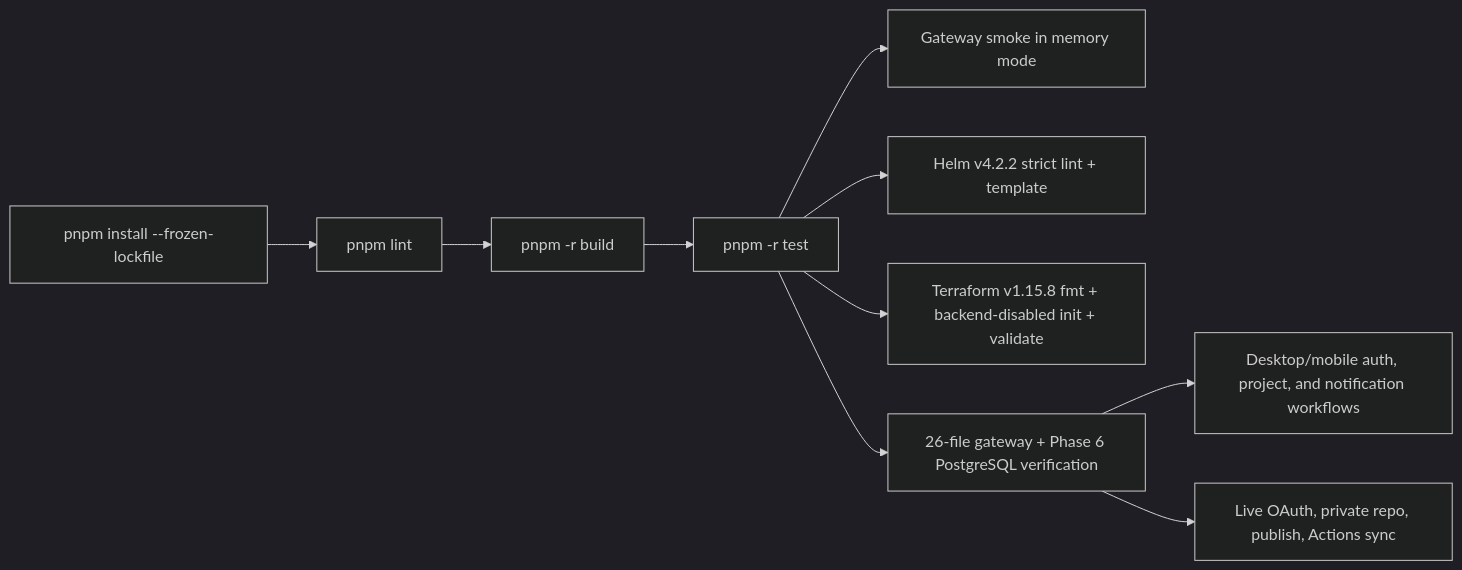
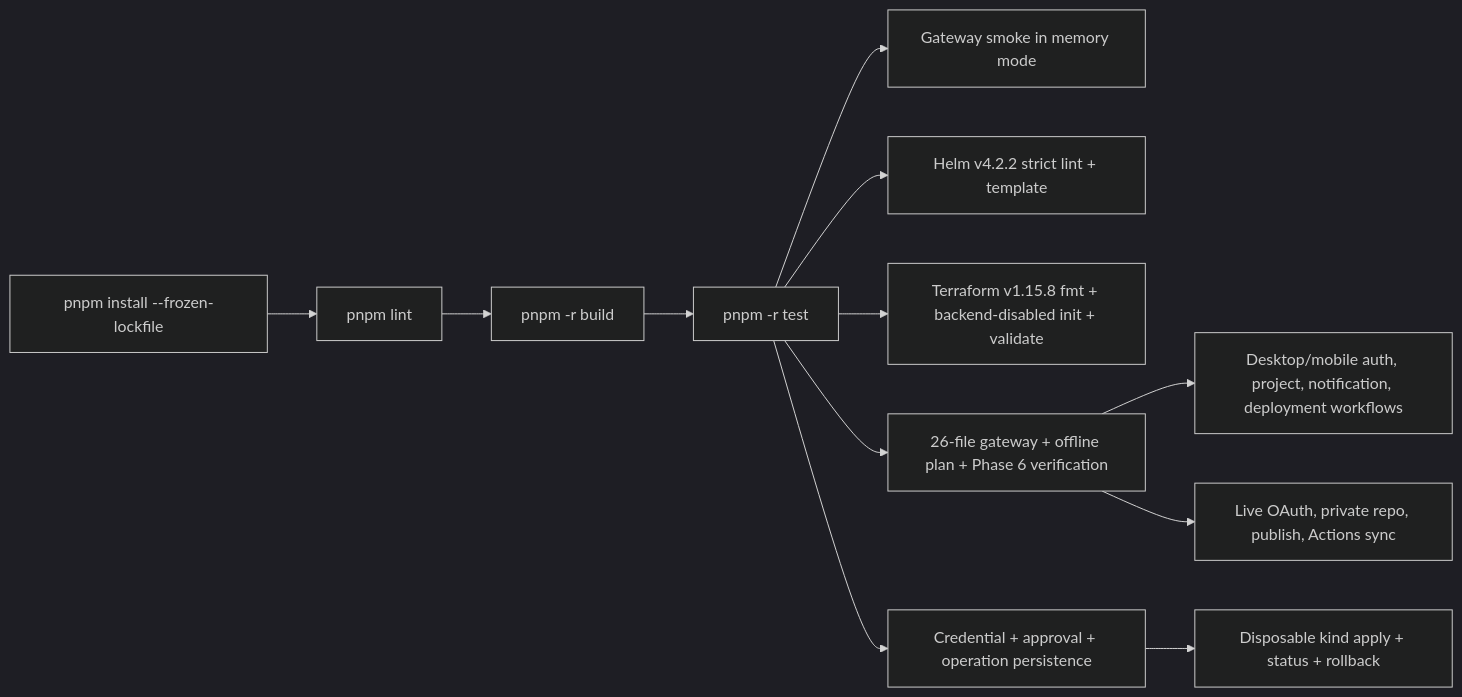
Before and after one commit to devkumarbaheti2507/BuildSphere: diagram 11 of 11 in docs/15_PROJECT_KNOWLEDGE_GRAPH.md, drawn with Mermaid (dark theme). The commit also changed other lines of this file and 68 other files, not shown here.

Commit message:
feat(deployment): complete Phase 9 Kubernetes execution and rollback

````diff
--- a/docs/15_PROJECT_KNOWLEDGE_GRAPH.md
+++ b/docs/15_PROJECT_KNOWLEDGE_GRAPH.md
@@ -580,12 +656,14 @@
 ```mermaid
 flowchart LR
   Install[pnpm install --frozen-lockfile] --> Lint[pnpm lint]
   Lint --> Build[pnpm -r build]
   Build --> Tests[pnpm -r test]
   Tests --> MemorySmoke[Gateway smoke in memory mode]
   Tests --> HelmLint[Helm v4.2.2 strict lint + template]
   Tests --> TerraformValidate[Terraform v1.15.8 fmt + backend-disabled init + validate]
-  Tests --> PostgresSmoke[26-file gateway + Phase 6 PostgreSQL verification]
-  PostgresSmoke --> Browser[Desktop/mobile auth, project, and notification workflows]
+  Tests --> PostgresSmoke[26-file gateway + offline plan + Phase 6 verification]
+  Tests --> Phase9Postgres[Credential + approval + operation persistence]
+  Phase9Postgres --> Kind[Disposable kind apply + status + rollback]
+  PostgresSmoke --> Browser[Desktop/mobile auth, project, notification, deployment workflows]
   PostgresSmoke --> LiveGitHub[Live OAuth, private repo, publish, Actions sync]
 ```
````
